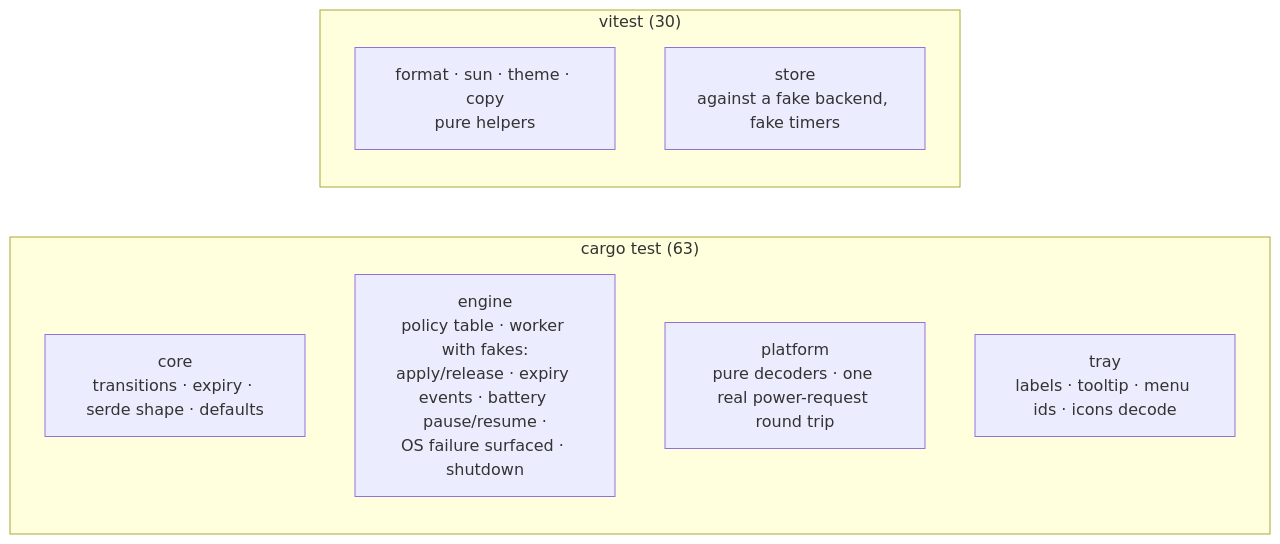
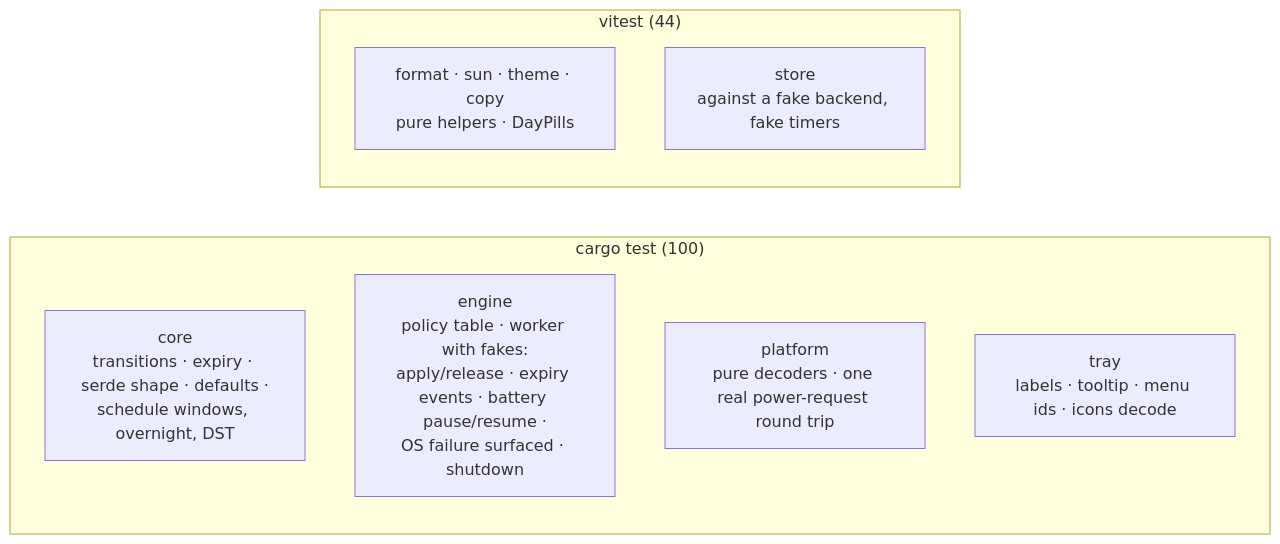
One commit to ax5hay/KeepMeAwake changed the second of 2 diagrams in docs/development.md. Above: the diagram before and after it, drawn with Mermaid. The commit also changed 8 other files, not shown here.

First line of the commit message:
docs: schedule in the guide, architecture, roadmap and changelog

````diff
--- a/docs/development.md
+++ b/docs/development.md
@@ -112,13 +112,13 @@
 ```mermaid
 flowchart LR
-    subgraph rust["cargo test (63)"]
-        core_t["core<br/>transitions · expiry · serde shape · defaults"]
+    subgraph rust["cargo test (100)"]
+        core_t["core<br/>transitions · expiry · serde shape · defaults ·<br/>schedule windows, overnight, DST"]
         engine_t["engine<br/>policy table · worker with fakes:<br/>apply/release · expiry events · battery pause/resume ·<br/>OS failure surfaced · shutdown"]
         platform_t["platform<br/>pure decoders · one real power-request round trip"]
         tray_t["tray<br/>labels · tooltip · menu ids · icons decode"]
     end
-    subgraph ui["vitest (30)"]
-        fmt["format · sun · theme · copy<br/>pure helpers"]
+    subgraph ui["vitest (44)"]
+        fmt["format · sun · theme · copy<br/>pure helpers · DayPills"]
         store_t["store<br/>against a fake backend, fake timers"]
     end
 ```
````
